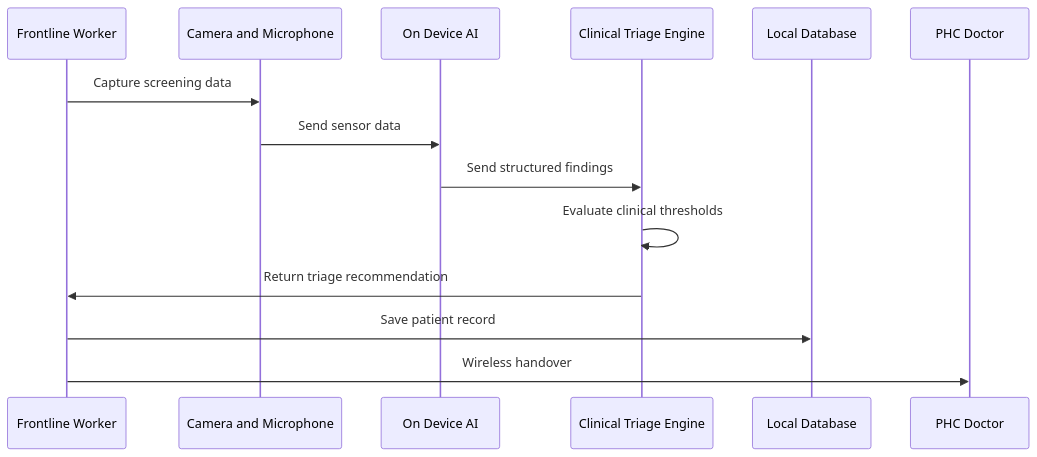
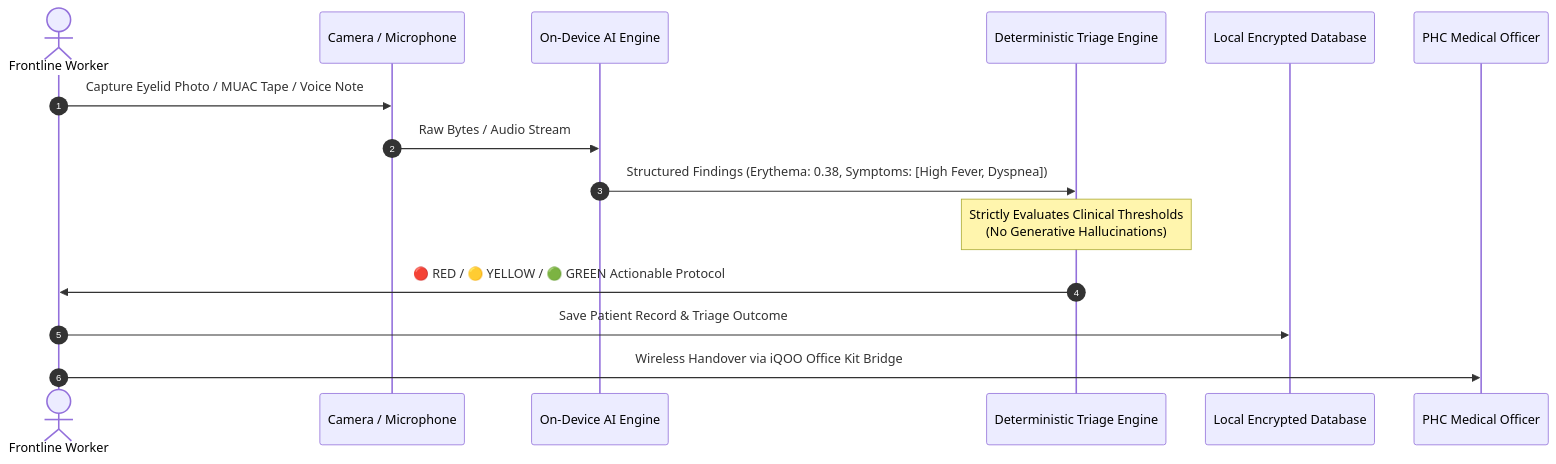
The fourth of 5 diagrams in README.md (SarthakNC/Nidan-AI---IQOO-INDIA-HACKATHON-IDEA-SUBMISSION), drawn with Mermaid before and after one commit. The commit also changed other lines of this file, not shown here.

````diff
--- a/README.md
+++ b/README.md
@@ -297,17 +283,18 @@
 ```mermaid
 sequenceDiagram
-    participant ASHA as Frontline Worker
-    participant SENSOR as Camera and Microphone
-    participant AI as On Device AI
-    participant TRIAGE as Clinical Triage Engine
-    participant DB as Local Database
-    participant DOCTOR as PHC Doctor
+    autonumber
+    actor ASHA as Frontline Worker
+    participant CamMic as Camera / Microphone
+    participant AI as On-Device AI Engine
+    participant Gatekeeper as Deterministic Triage Engine
+    participant DB as Local Encrypted Database
+    participant Doctor as PHC Medical Officer
 
-    ASHA->>SENSOR: Capture screening data
-    SENSOR->>AI: Send sensor data
-    AI->>TRIAGE: Send structured findings
-    TRIAGE->>TRIAGE: Evaluate clinical thresholds
-    TRIAGE->>ASHA: Return triage recommendation
-    ASHA->>DB: Save patient record
-    ASHA->>DOCTOR: Wireless handover
+    ASHA->>CamMic: Capture Eyelid Photo / MUAC Tape / Voice Note
+    CamMic->>AI: Raw Bytes / Audio Stream
+    AI->>Gatekeeper: Structured Findings (Erythema: 0.38, Symptoms: [High Fever, Dyspnea])
+    Note over Gatekeeper: Strictly Evaluates Clinical Thresholds<br/>(No Generative Hallucinations)
+    Gatekeeper->>ASHA: 🔴 RED / 🟡 YELLOW / 🟢 GREEN Actionable Protocol
+    ASHA->>DB: Save Patient Record & Triage Outcome
+    ASHA->>Doctor: Wireless Handover via iQOO Office Kit Bridge
 ```
````
